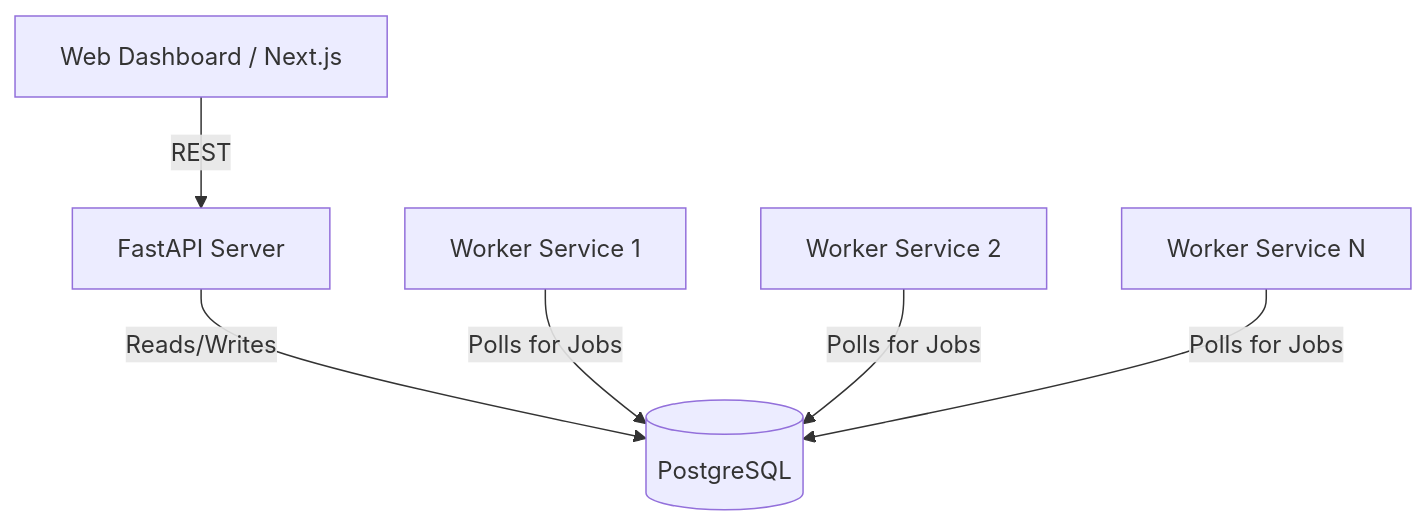
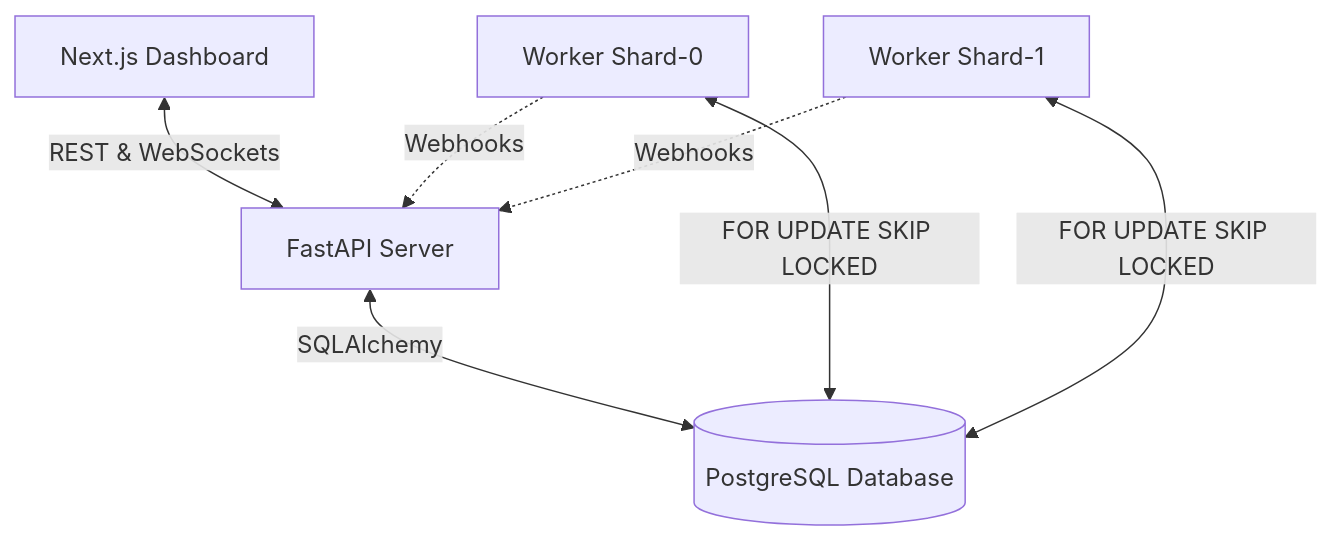
Before and after one commit to chandru-rscm/Distributed-Job-Scheduler----Codity: the first of 2 diagrams in README.md, drawn with Mermaid. The commit also changed other lines of this file and 1 other file, not shown here.

````diff
--- a/README.md
+++ b/README.md
@@ -54,8 +53,9 @@
 ```mermaid
-graph TD;
-    Client[Web Dashboard / Next.js] -->|REST| API[FastAPI Server]
-    API -->|Reads/Writes| DB[(PostgreSQL)]
-    Worker[Worker Service 1] -->|Polls for Jobs| DB
-    Worker2[Worker Service 2] -->|Polls for Jobs| DB
-    Worker3[Worker Service N] -->|Polls for Jobs| DB
+graph TD
+    UI[Next.js Dashboard] <-->|REST & WebSockets| API[FastAPI Server]
+    API <-->|SQLAlchemy| DB[(PostgreSQL Database)]
+    W1[Worker Shard-0] <-->|FOR UPDATE SKIP LOCKED| DB
+    W2[Worker Shard-1] <-->|FOR UPDATE SKIP LOCKED| DB
+    W1 -.->|Webhooks| API
+    W2 -.->|Webhooks| API
 ```
````
